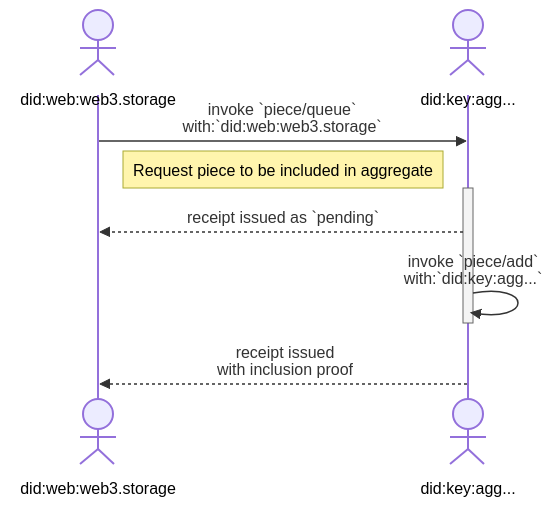
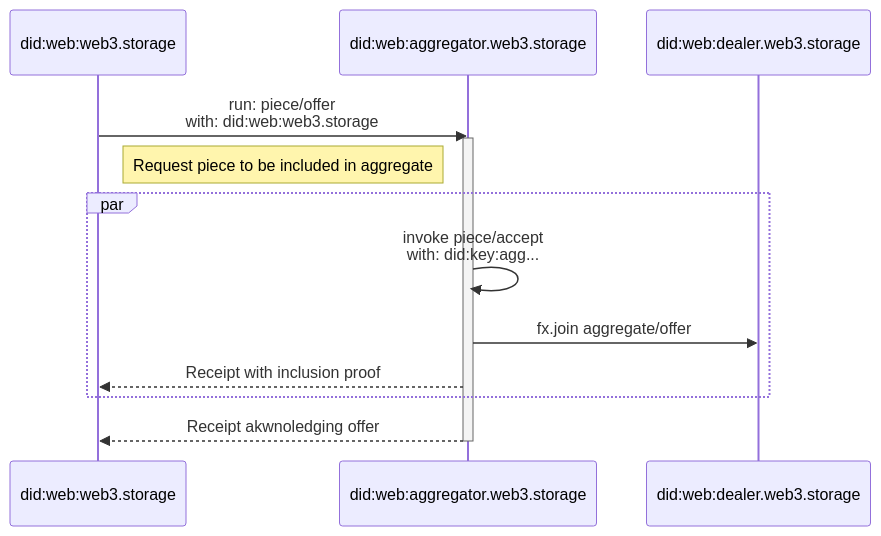
One commit to storacha/specs changed the second of 4 diagrams in w3-filecoin.md. Above: the diagram before and after it, drawn with Mermaid. The commit also changed other lines of this file, not shown here.

Commit message:
feat: update per diagram

````diff
--- a/w3-filecoin.md
+++ b/w3-filecoin.md
@@ -155,13 +165,17 @@
 ```mermaid
 sequenceDiagram
-    actor Storefront as <br/><br/>did:web:web3.storage
-    actor Aggregator as <br/><br/>did:key:agg...
+    participant Storefront as <br/>did:web:web3.storage<br/>
+    participant Aggregator as <br/>did:web:aggregator.web3.storage<br/>
+    participant Dealer as <br/>did:web:dealer.web3.storage<br/>
 
-    Storefront->>Aggregator: invoke `piece/queue`<br>with:`did:web:web3.storage`
+    Storefront->>Aggregator: run: piece/offer<br>with: did:web:web3.storage
+    activate Aggregator
     Note left of Aggregator: Request piece to be included in aggregate
-    activate Aggregator
-    Aggregator-->>Storefront: receipt issued as `pending`
-    Aggregator->>Aggregator: invoke `piece/add`<br>with:`did:key:agg...`
+    par
+    Aggregator->>Aggregator: invoke piece/accept <br/>with: did:key:agg...
+    Aggregator->>Dealer: fx.join aggregate/offer
+    Aggregator-->>Storefront: Receipt with inclusion proof
+    end
+    Aggregator-->>Storefront: Receipt akwnoledging offer
     deactivate Aggregator
-    Aggregator-->>Storefront: receipt issued <br>with inclusion proof
 ```
````
